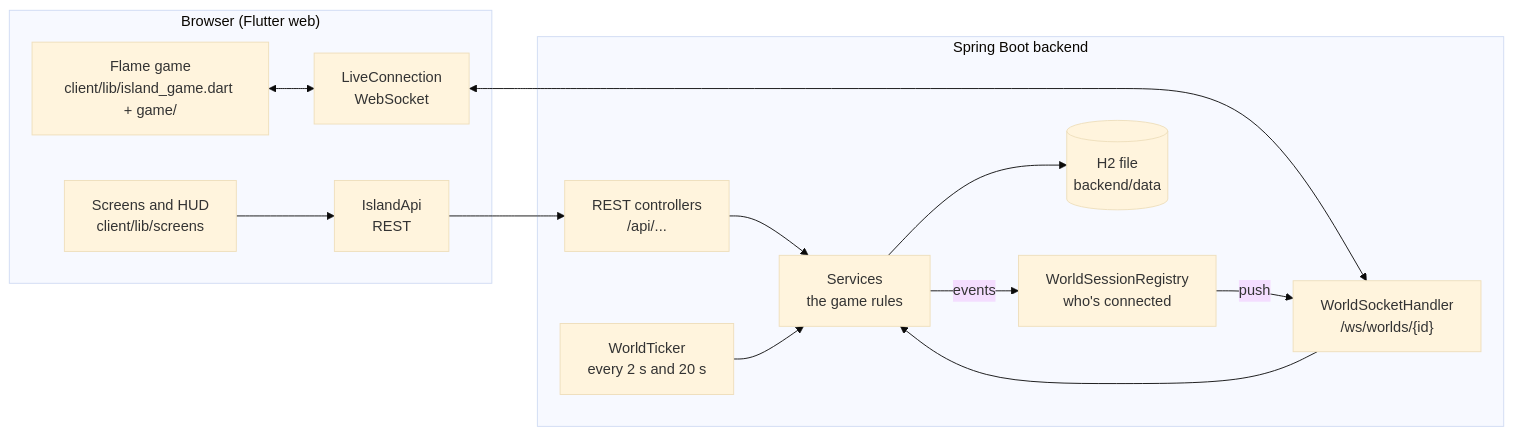
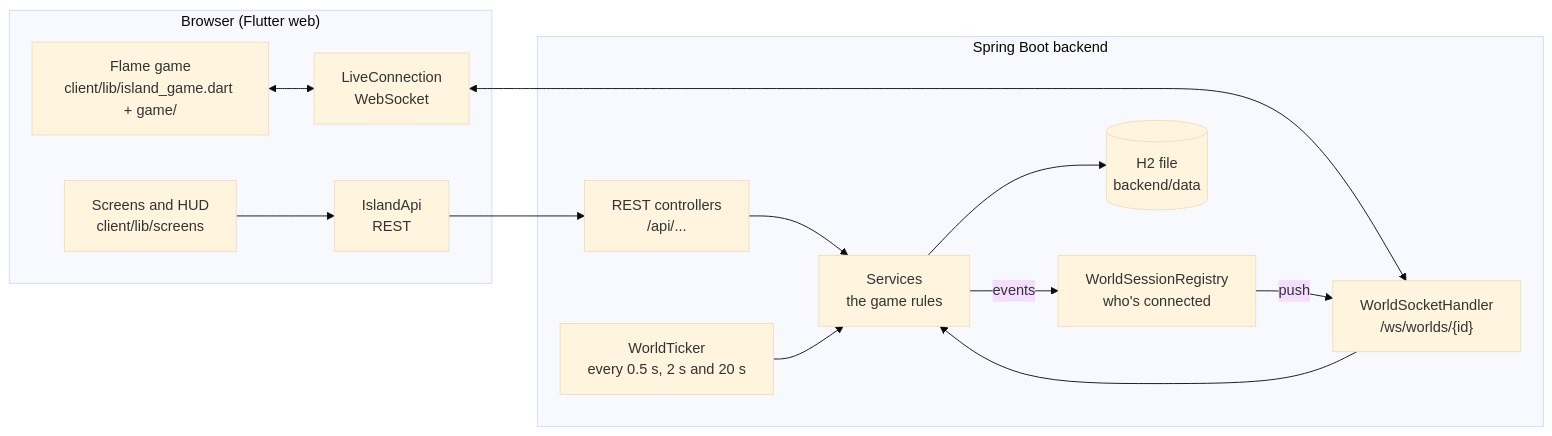
The diagram in docs/architecture.md (hcipek/island-survival), drawn with Mermaid (base theme) before and after one commit. The commit also changed other lines of this file and 20 other files, not shown here.

````diff
--- a/docs/architecture.md
+++ b/docs/architecture.md
@@ -5,22 +5,22 @@
 ```mermaid
 flowchart LR
     subgraph Browser["Browser (Flutter web)"]
         UI["Screens and HUD<br/>client/lib/screens"]
         Game["Flame game<br/>client/lib/island_game.dart + game/"]
         Live["LiveConnection<br/>WebSocket"]
         Api["IslandApi<br/>REST"]
     end
     subgraph Server["Spring Boot backend"]
         Rest["REST controllers<br/>/api/..."]
         Socket["WorldSocketHandler<br/>/ws/worlds/{id}"]
         Services["Services<br/>the game rules"]
         Registry["WorldSessionRegistry<br/>who's connected"]
-        Ticker["WorldTicker<br/>every 2 s and 20 s"]
+        Ticker["WorldTicker<br/>every 0.5 s, 2 s and 20 s"]
         DB[("H2 file<br/>backend/data")]
     end
     UI --> Api --> Rest --> Services
     Game <--> Live <--> Socket --> Services
     Services --> DB
     Services -- "events" --> Registry -- "push" --> Socket
     Ticker --> Services
 ```
````
